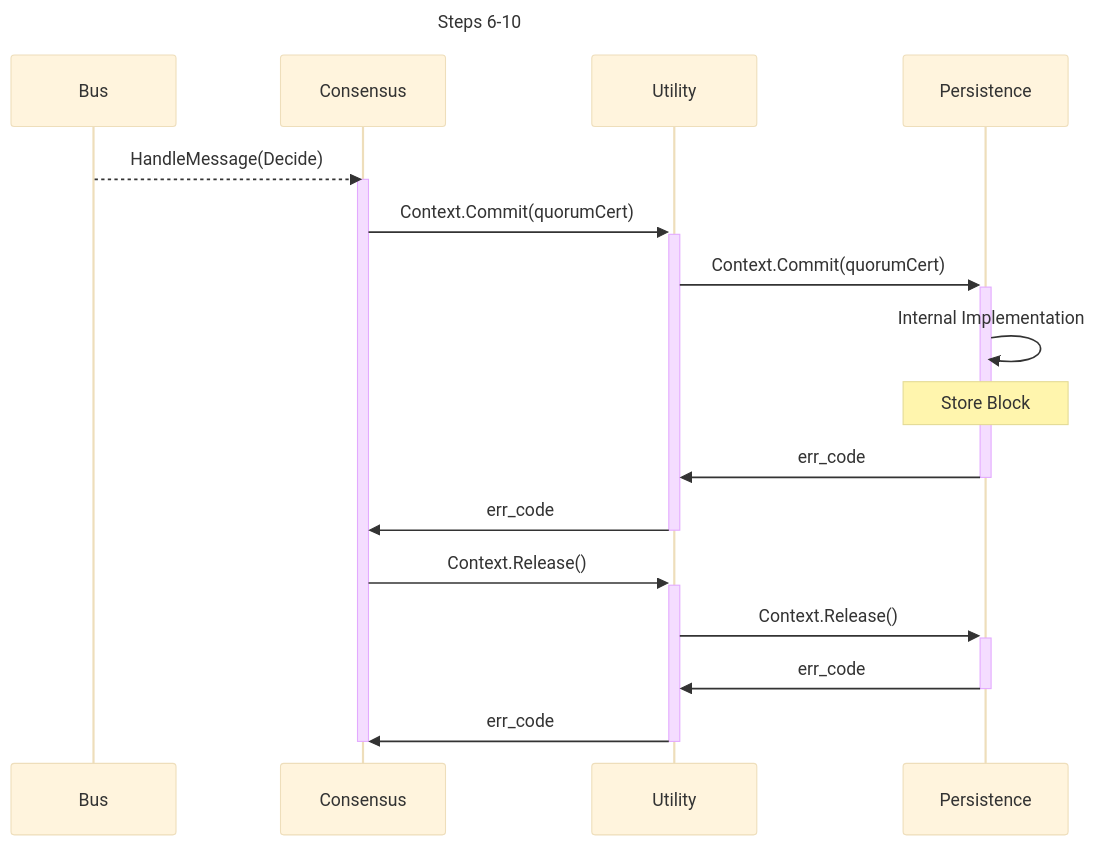
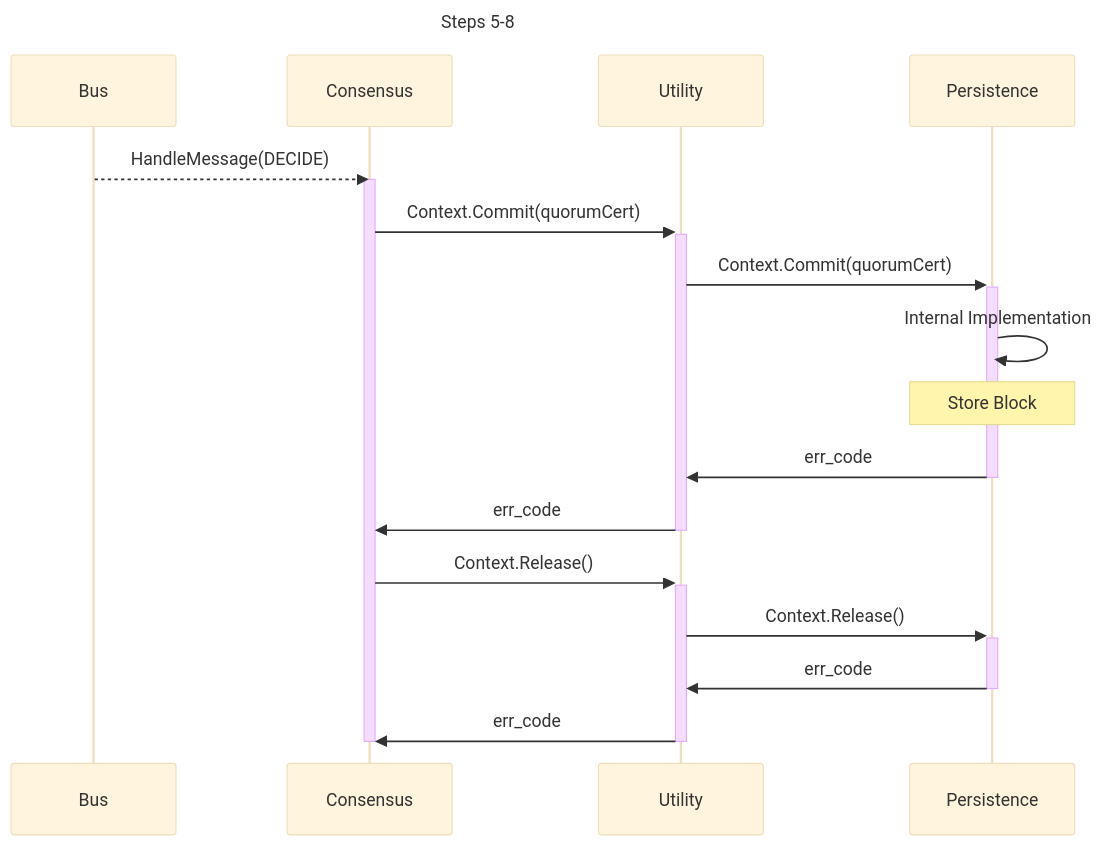
Before and after one commit to pokt-network/pocket: the second of 5 diagrams in shared/docs/PROTOCOL_STATE_HASH.md, drawn with Mermaid (base theme). The commit also changed other lines of this file, not shown here.

````diff
--- a/shared/docs/PROTOCOL_STATE_HASH.md
+++ b/shared/docs/PROTOCOL_STATE_HASH.md
@@ -59,28 +63,28 @@
 ```mermaid
 sequenceDiagram
-    title Steps 6-10
+    title Steps 5-8
     participant B as Bus
     participant C as Consensus
     participant U as Utility
     participant P as Persistence
 
     %% Handle New Message
-    B-->>C: HandleMessage(Decide)
+    B-->>C: HandleMessage(DECIDE)
 
     activate C
     %% Commit Context
     C->>+U: Context.Commit(quorumCert)
     U->>+P: Context.Commit(quorumCert)
     P->>P: Internal Implementation
     Note over P: Store Block
     P->>-U: err_code
     U->>C: err_code
     deactivate U
 
     %% Release Context
     C->>+U: Context.Release()
     U->>+P: Context.Release()
     P->>-U: err_code
     U->>-C: err_code
     deactivate C
 ```
````
